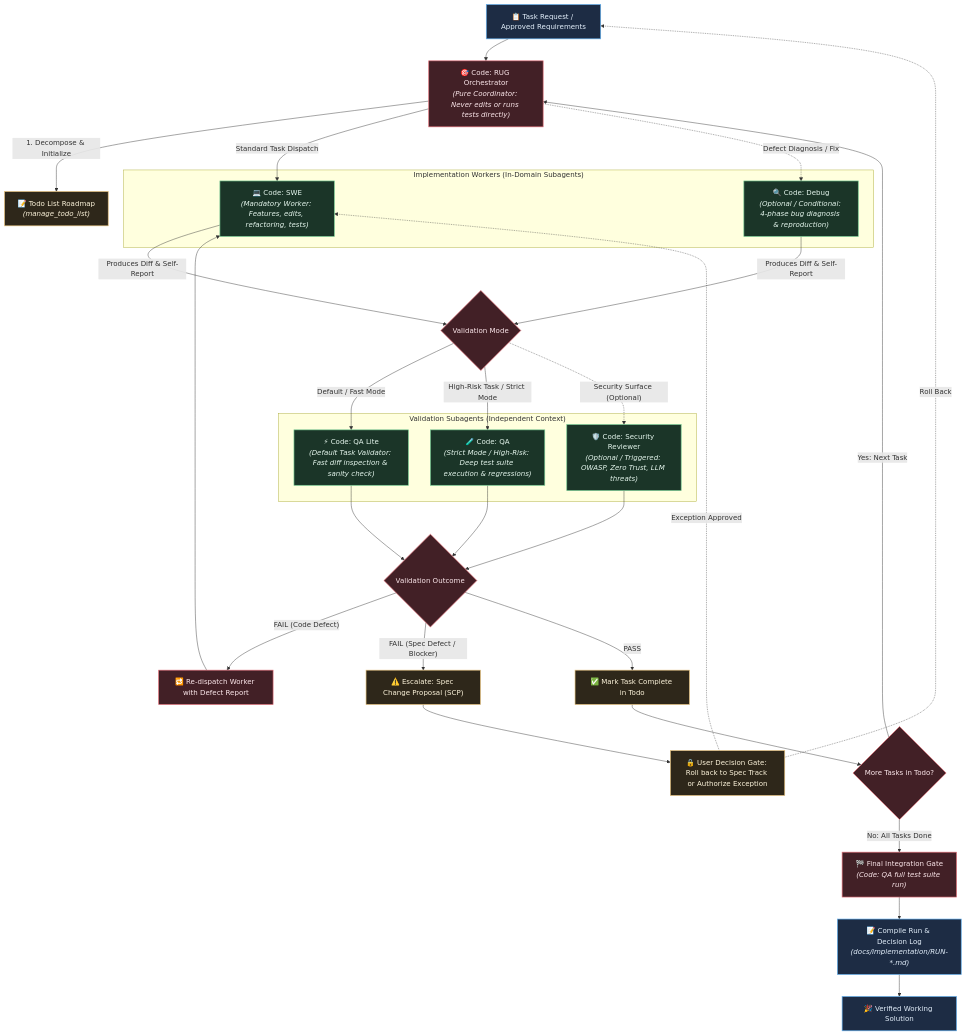
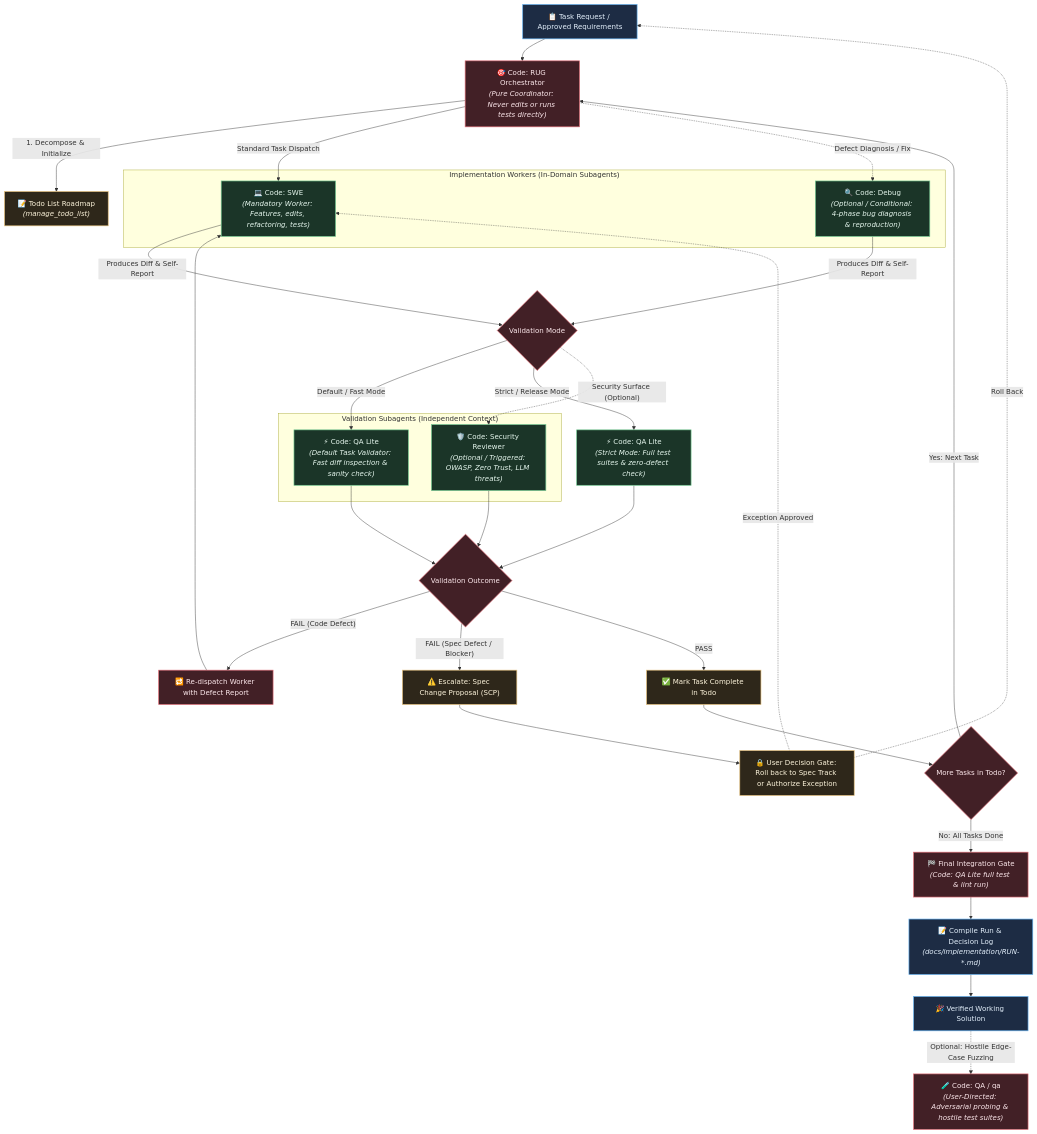
The third of 4 diagrams in README.md (Shapedsundew9/ca-experiment), drawn with Mermaid before and after one commit. The commit also changed other lines of this file and 10 other files, not shown here.

Commit message:
feat: Update QA and orchestration agents for improved validation and user-directed testing

````diff
--- a/README.md
+++ b/README.md
@@ -286,80 +288,80 @@
 ```mermaid
 %%{init: {
   'theme': 'base',
   'themeVariables': {
     'darkMode': true,
     'background': '#161922',
     'mainBkg': '#1e2230',
     'nodeBorder': '#434c5e',
     'textColor': '#e2e8f0',
     'fontFamily': 'ui-sans-serif, system-ui, -apple-system, BlinkMacSystemFont, "Segoe UI", Roboto, sans-serif',
     'fontSize': '14px',
     'lineColor': '#8892b0',
     'primaryColor': '#422026',
     'primaryTextColor': '#fde8ec',
     'primaryBorderColor': '#e06c75',
     'secondaryColor': '#1b3528',
     'secondaryTextColor': '#e6f7ee',
     'secondaryBorderColor': '#73c991',
     'tertiaryColor': '#1d2c44',
     'tertiaryTextColor': '#e4f0fc',
     'tertiaryBorderColor': '#61afef',
     'clusterBkg': '#13161f',
     'clusterBorder': '#373e51',
     'noteBkgColor': '#2e271a',
     'noteTextColor': '#fdf4db',
     'noteBorderColor': '#e5c07b',
     'edgeLabelBackground': '#1a1d27'
   }
 }}%%
 flowchart TD
     classDef primary fill:#422026,stroke:#e06c75,stroke-width:1.5px,color:#fde8ec;
     classDef secondary fill:#1b3528,stroke:#73c991,stroke-width:1.5px,color:#e6f7ee;
     classDef tertiary fill:#1d2c44,stroke:#61afef,stroke-width:1.5px,color:#e4f0fc;
     classDef note fill:#2e271a,stroke:#e5c07b,stroke-width:1.5px,color:#fdf4db;
 
     REQ["📋 Task Request / Approved Requirements"]:::tertiary
     RUG["🎯 Code: RUG Orchestrator<br/><i>(Pure Coordinator: Never edits or runs tests directly)</i>"]:::primary
     TODO["📝 Todo List Roadmap<br/><i>(manage_todo_list)</i>"]:::note
 
     subgraph WORKERS["Implementation Workers (In-Domain Subagents)"]
         SWE["💻 Code: SWE<br/><i>(Mandatory Worker: Features, edits, refactoring, tests)</i>"]:::secondary
         DEBUG["🔍 Code: Debug<br/><i>(Optional / Conditional: 4-phase bug diagnosis & reproduction)</i>"]:::secondary
     end
 
     subgraph VALIDATION["Validation Subagents (Independent Context)"]
         QA_LITE["⚡ Code: QA Lite<br/><i>(Default Task Validator: Fast diff inspection & sanity check)</i>"]:::secondary
-        QA_FULL["🧪 Code: QA<br/><i>(Strict Mode / High-Risk: Deep test suite execution & regressions)</i>"]:::secondary
         SEC["🛡️ Code: Security Reviewer<br/><i>(Optional / Triggered: OWASP, Zero Trust, LLM threats)</i>"]:::secondary
     end
 
     REQ --> RUG
     RUG -->|"1. Decompose & Initialize"| TODO
 
     RUG -->|"Standard Task Dispatch"| SWE
     RUG -.->|"Defect Diagnosis / Fix"| DEBUG
 
     SWE & DEBUG -->|"Produces Diff & Self-Report"| MODE_SELECT{"Validation Mode"}:::primary
 
     MODE_SELECT -->|"Default / Fast Mode"| QA_LITE
-    MODE_SELECT -->|"High-Risk Task / Strict Mode"| QA_FULL
+    MODE_SELECT -->|"Strict / Release Mode"| QA_STRICT["⚡ Code: QA Lite<br/><i>(Strict Mode: Full test suites & zero-defect check)</i>"]:::secondary
     MODE_SELECT -.->|"Security Surface (Optional)"| SEC
 
-    QA_LITE & QA_FULL & SEC --> VERDICT{"Validation Outcome"}:::primary
+    QA_LITE & QA_STRICT & SEC --> VERDICT{"Validation Outcome"}:::primary
 
     VERDICT -->|"FAIL (Code Defect)"| RETRY["🔁 Re-dispatch Worker with Defect Report"]:::primary
     RETRY --> SWE
 
     VERDICT -->|"FAIL (Spec Defect / Blocker)"| ESCALATE["⚠️ Escalate: Spec Change Proposal (SCP)"]:::note
     ESCALATE --> USER_GATE["🔒 User Decision Gate: Roll back to Spec Track or Authorize Exception"]:::note
     USER_GATE -.->|"Roll Back"| REQ
     USER_GATE -.->|"Exception Approved"| SWE
 
     VERDICT -->|"PASS"| ADVANCE["✅ Mark Task Complete in Todo"]:::note
     ADVANCE --> MORE_TASKS{"More Tasks in Todo?"}:::primary
 
     MORE_TASKS -->|"Yes: Next Task"| RUG
-    MORE_TASKS -->|"No: All Tasks Done"| FINAL_GATE["🏁 Final Integration Gate<br/><i>(Code: QA full test suite run)</i>"]:::primary
+    MORE_TASKS -->|"No: All Tasks Done"| FINAL_GATE["🏁 Final Integration Gate<br/><i>(Code: QA Lite full test & lint run)</i>"]:::primary
     FINAL_GATE --> LOG["📝 Compile Run & Decision Log<br/><i>(docs/implementation/RUN-*.md)</i>"]:::tertiary
     LOG --> COMPLETE["🎉 Verified Working Solution"]:::tertiary
+    COMPLETE -.->|"Optional: Hostile Edge-Case Fuzzing"| QA_FULL["🧪 Code: QA / qa<br/><i>(User-Directed: Adversarial probing & hostile test suites)</i>"]:::primary
 ```
````
